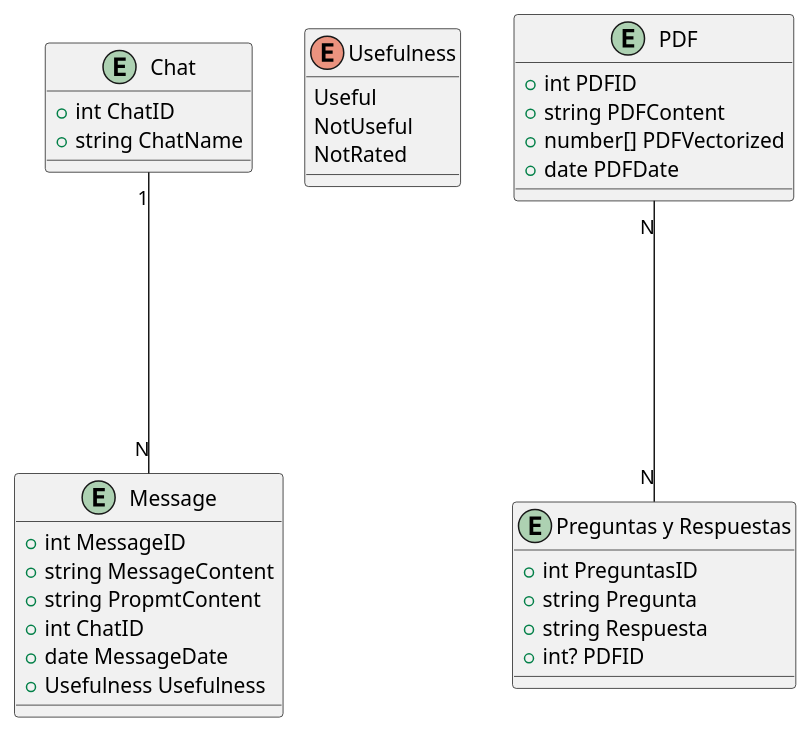
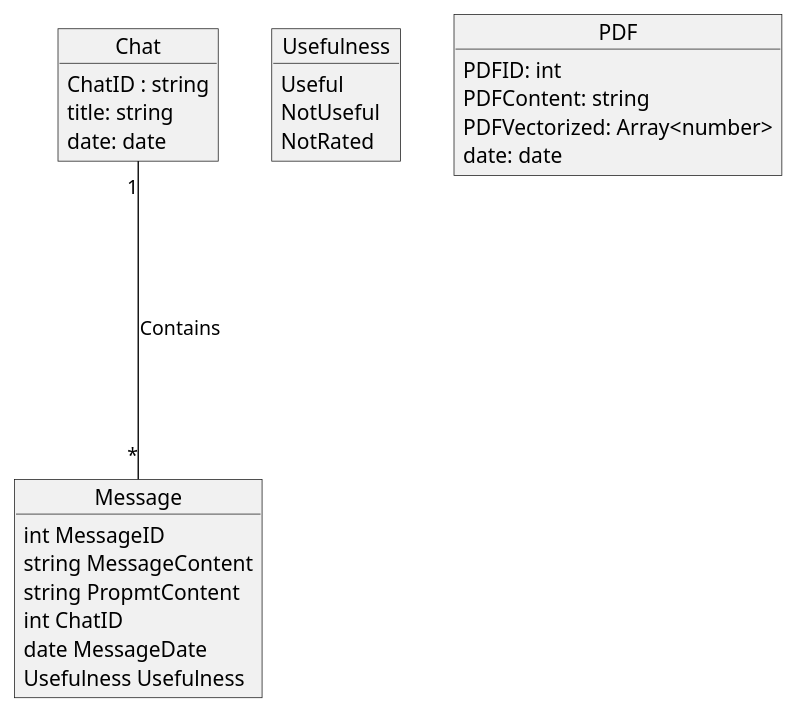
One commit to Haopeng138/UML changed the diagram in BaseDatosChatbot.puml. Above: the diagram before and after it, drawn with PlantUML. The commit also changed 2 other files, not shown here.

```diff
--- a/BaseDatosChatbot.puml
+++ b/BaseDatosChatbot.puml
@@ -1,40 +1,35 @@
 @startuml ChatbotDataBase
 
-entity "Chat" as chat {
-  +int ChatID
-  +string ChatName
+object "Chat" as chat {
+  ChatID : string
+  title: string
+  date: date
+  
 }
 
-entity "Message" as message {
-  +int MessageID
-  +string MessageContent
-  +string PropmtContent
-  +int ChatID
-  +date MessageDate
-  +Usefulness Usefulness
+object "Message" as message {
+  int MessageID
+  string MessageContent
+  string PropmtContent
+  int ChatID
+  date MessageDate
+  Usefulness Usefulness
 }
 
-enum Usefulness {
+object Usefulness {
     Useful
     NotUseful
     NotRated
 }
 
-entity "PDF" as pdf {
-  +int PDFID
-  +string PDFContent
-  +number[] PDFVectorized
-  +date PDFDate
+object "PDF" as pdf {
+  PDFID: int
+  PDFContent: string
+  PDFVectorized: Array<number>
+  date: date
 }
 
-entity "Preguntas y Respuestas" as preguntas {
-  +int PreguntasID
-  +string Pregunta
-  +string Respuesta
-  +int? PDFID
-}
+chat "1"----"*" message: Contains
 
-chat "1"----"N" message
-pdf "N"----"N" preguntas
 
 @enduml
```
